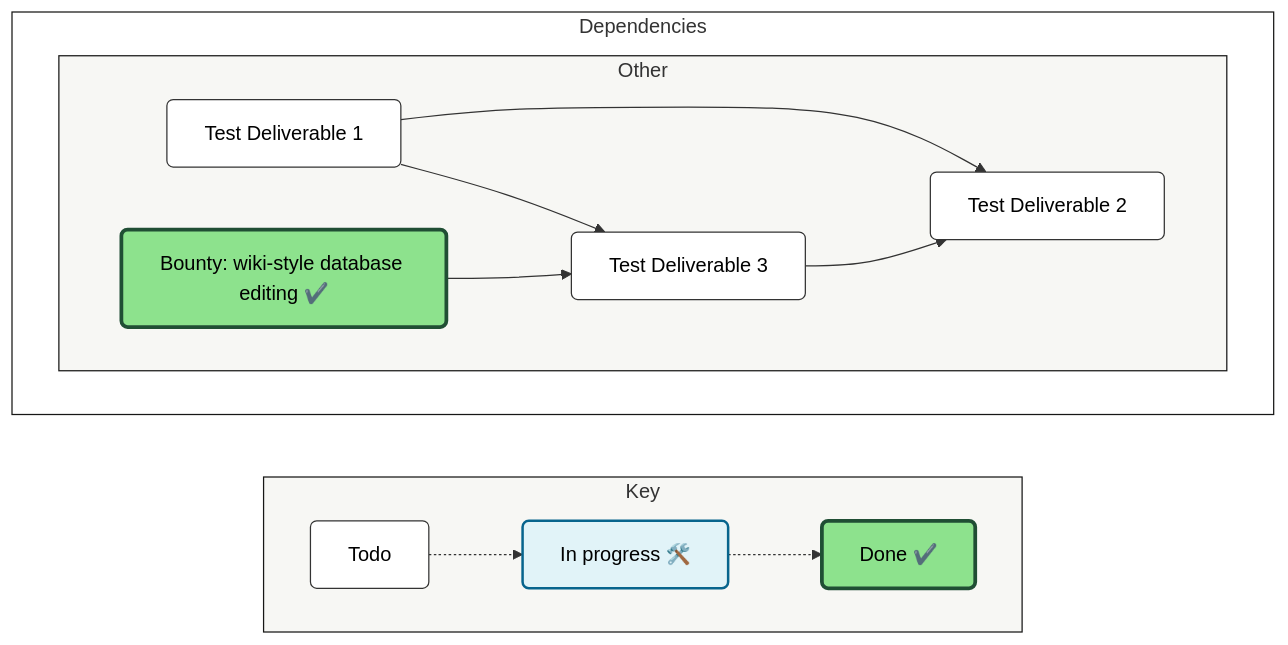
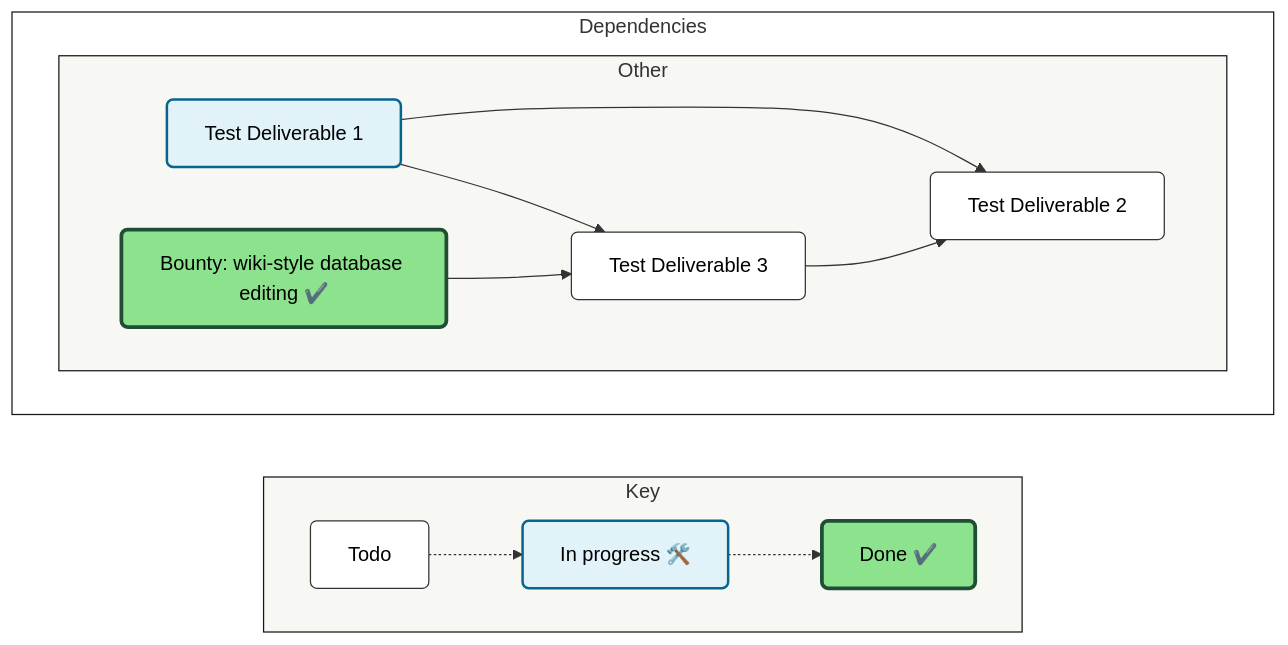
Before and after one commit to simpler-coop/simpler-template: the diagram in documentation/dependencies.md, drawn with Mermaid.

Commit message:
docs: Update dependencies.md with dependency diagram [skip ci]

````diff
--- a/documentation/dependencies.md
+++ b/documentation/dependencies.md
@@ -7,53 +7,53 @@
 ```mermaid
 
 flowchart LR
 
   %% ─────────────────────────────
   %% Styles
   %% ─────────────────────────────
   classDef default fill:#fff,stroke:#333,stroke-width:1px,color:#000,rx:5,ry:5
   classDef InProgress fill:#e1f3f8,stroke:#07648d,stroke-width:2px,color:#000
   classDef Done fill:#8DE28D,stroke:#204e34,stroke-width:3px,color:#000
   style Canvas fill:transparent,stroke:#171716
   style Legend fill:#F7F7F4,stroke:#171716
   style other fill:#F7F7F4,stroke:#171716
 
   %% ─────────────────────────────
   %% Legend
   %% ─────────────────────────────
   subgraph Legend["Key"]
     direction LR
     k1["Todo"]
     k2["In progress 🛠️ "]:::InProgress
     k3["Done ✔️"]:::Done
 
     k1 -.-> k2 -.-> k3
   end
 
   %% ─────────────────────────────
   %% Main canvas
   %% ─────────────────────────────
   subgraph Canvas["Dependencies"]
     direction LR
 
 
     subgraph other["Other"]
     direction LR
-        simpler-coop/simpler-template#1["Test Deliverable 1"]
+        simpler-coop/simpler-template#1["Test Deliverable 1"]:::InProgress
         simpler-coop/simpler-template#3["Test Deliverable 2"]
         simpler-coop/simpler-template#4["Bounty: wiki-style database editing ✔️"]:::Done
         simpler-coop/simpler-template#10["Test Deliverable 3"]
     end
 
 
     %% ─────────────────────────────
     %% Relationships
     %% ─────────────────────────────
     simpler-coop/simpler-template#1 --> simpler-coop/simpler-template#10
     simpler-coop/simpler-template#1 --> simpler-coop/simpler-template#3
     simpler-coop/simpler-template#4 --> simpler-coop/simpler-template#10
     simpler-coop/simpler-template#10 --> simpler-coop/simpler-template#3
 
   end
 
 ```
````
